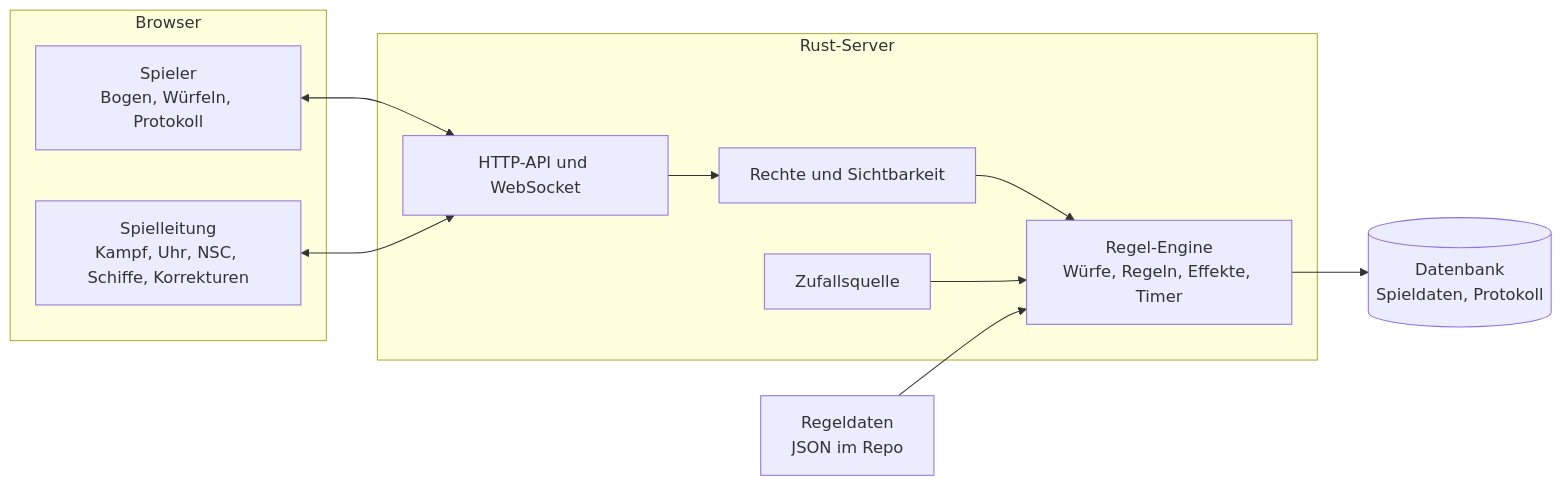
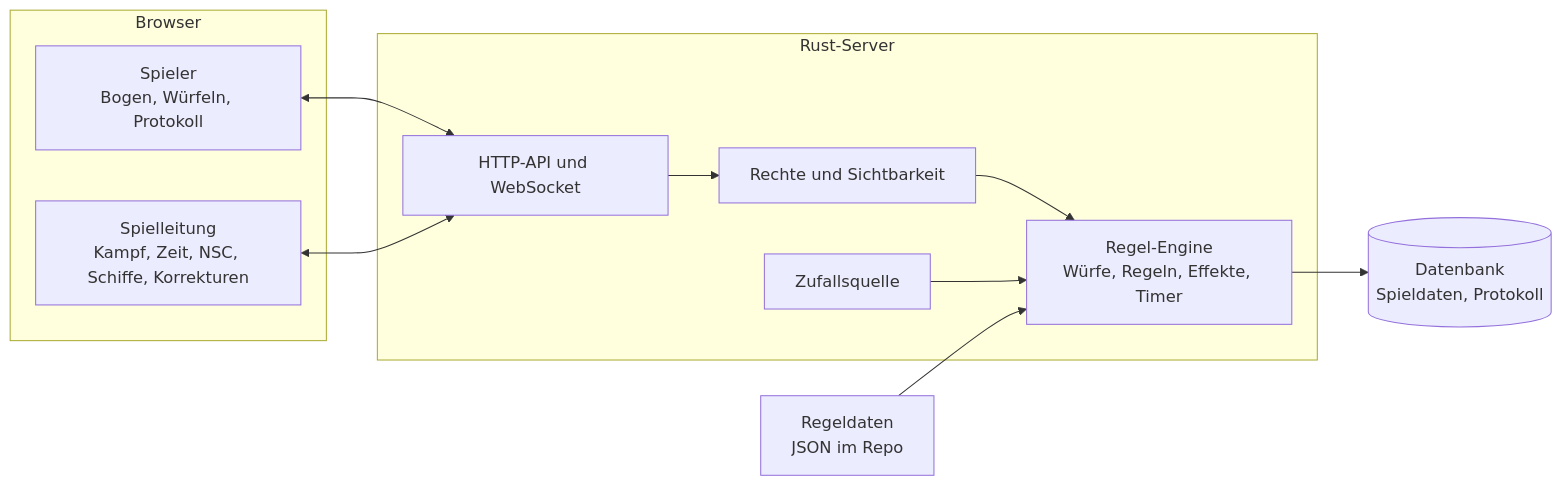
Before and after one commit to peddn/xenoforge: the second of 3 diagrams in docs/PLAN.md, drawn with Mermaid. The commit also changed other lines of this file and 1 other file, not shown here.

````diff
--- a/docs/PLAN.md
+++ b/docs/PLAN.md
@@ -623,21 +644,21 @@
 ```mermaid
 flowchart LR
     subgraph Browser
         player["Spieler<br/>Bogen, Würfeln, Protokoll"]
-        gm["Spielleitung<br/>Kampf, Uhr, NSC, Schiffe, Korrekturen"]
+        gm["Spielleitung<br/>Kampf, Zeit, NSC, Schiffe, Korrekturen"]
     end
     subgraph Server["Rust-Server"]
         api["HTTP-API und WebSocket"]
         auth["Rechte und Sichtbarkeit"]
         engine["Regel-Engine<br/>Würfe, Regeln, Effekte, Timer"]
         rng["Zufallsquelle"]
     end
     db[("Datenbank<br/>Spieldaten, Protokoll")]
     data["Regeldaten<br/>JSON im Repo"]
     player <--> api
     gm <--> api
     api --> auth --> engine
     rng --> engine
     engine --> db
     data --> engine
 ```
````
